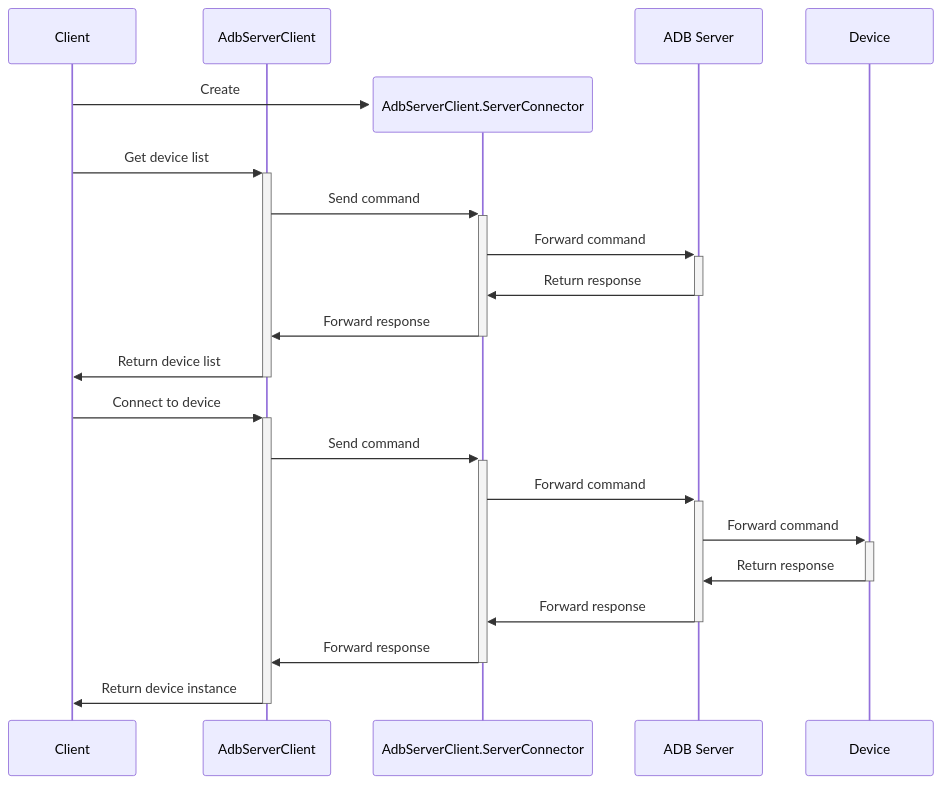
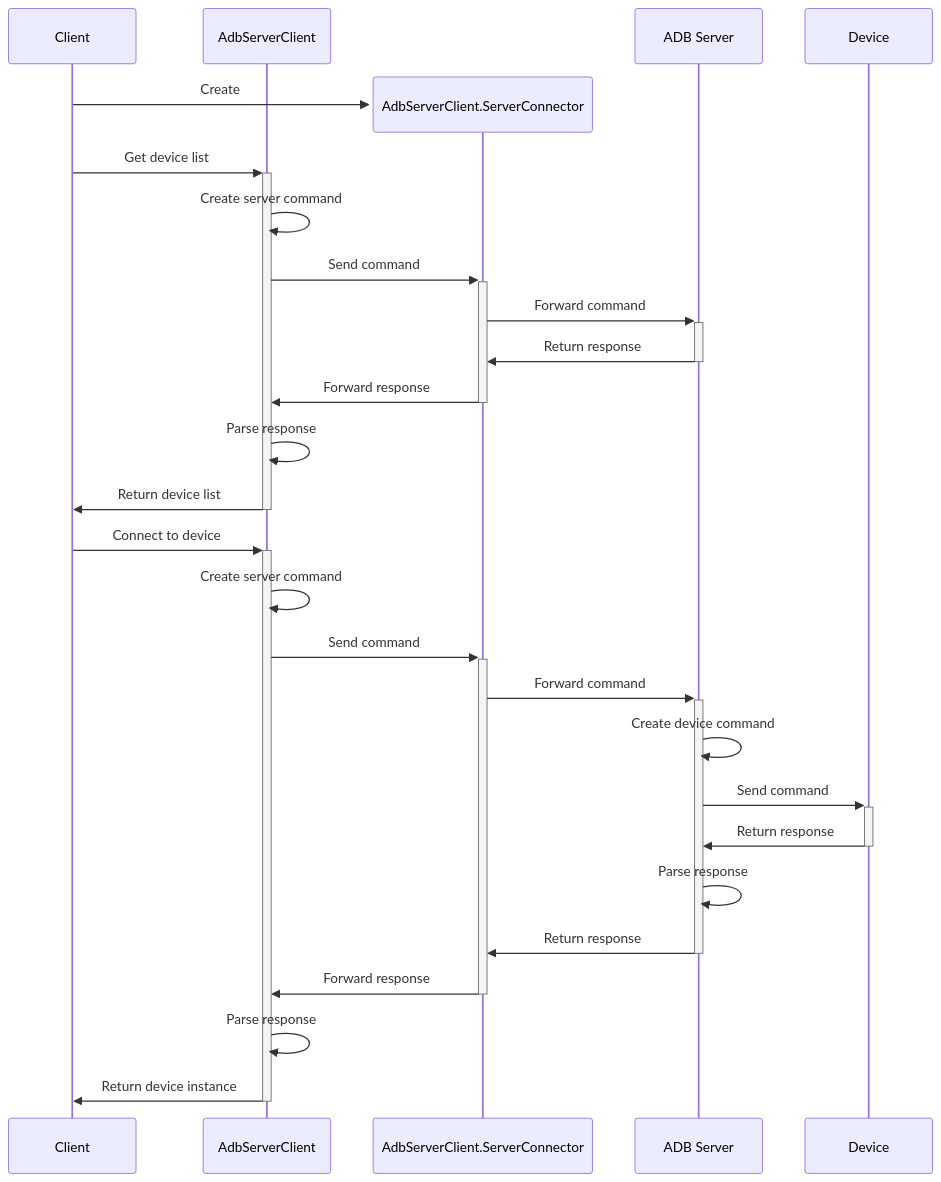
The second of 2 diagrams in docs/tango/server/connection.mdx (tango-adb/docs), drawn with Mermaid before and after one commit. The commit also changed 12 other files, not shown here.

````diff
--- a/docs/tango/server/connection.mdx
+++ b/docs/tango/server/connection.mdx
@@ -29,28 +29,34 @@
 ```mermaid
 sequenceDiagram
     participant C as Client
     participant A as AdbServerClient
 
     create participant Conn as AdbServerClient.ServerConnector
     C->>Conn: Create
 
     participant G as ADB Server
     participant D as Device
 
     C->>+A: Get device list
+    A->>A: Create server command
     A->>+Conn: Send command
     Conn->>+G: Forward command
 
     G->>-Conn: Return response
     Conn->>-A: Forward response
+    A->>A: Parse response
     A->>-C: Return device list
 
     C->>+A: Connect to device
+    A->>A: Create server command
     A->>+Conn: Send command
     Conn->>+G: Forward command
-    G->>+D: Forward command
+    G->>G: Create device command
+    G->>+D: Send command
     D->>-G: Return response
-    G->>-Conn: Forward response
+    G->>G: Parse response
+    G->>-Conn: Return response
     Conn->>-A: Forward response
+    A->>A: Parse response
     A->>-C: Return device instance
 ```
````
